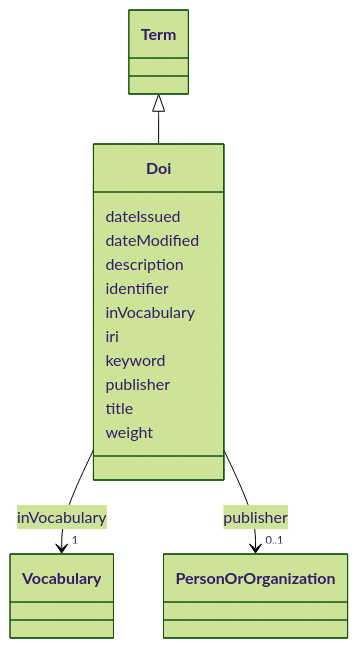
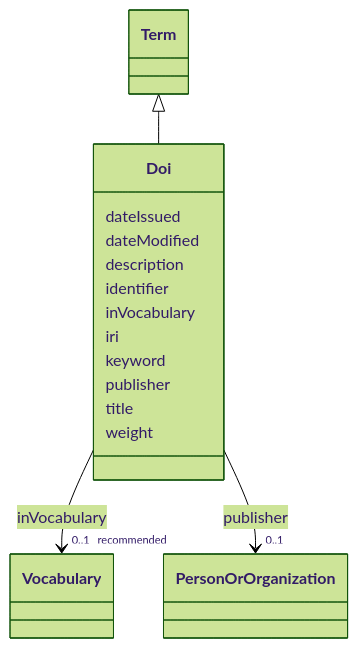
One commit to EVORA-project/evora-ontology changed the diagram in models/docs/Doi.md. Above: the diagram before and after it, drawn with Mermaid (forest theme). The commit also changed other lines of this file and 307 other files, not shown here.

````diff
--- a/models/docs/Doi.md
+++ b/models/docs/Doi.md
@@ -19,43 +19,43 @@
 ```mermaid
  classDiagram
     class Doi
     click Doi href "../Doi"
       Term <|-- Doi
         click Term href "../Term"
       
       Doi : dateIssued
         
       Doi : dateModified
         
       Doi : description
         
       Doi : identifier
         
       Doi : inVocabulary
         
           
     
     
-    Doi --> "1" Vocabulary : inVocabulary
+    Doi --> "0..1 _recommended_" Vocabulary : inVocabulary
     click Vocabulary href "../Vocabulary"
 
         
       Doi : iri
         
       Doi : keyword
         
       Doi : publisher
         
           
     
     
     Doi --> "0..1" PersonOrOrganization : publisher
     click PersonOrOrganization href "../PersonOrOrganization"
 
         
       Doi : title
         
       Doi : weight
         
       
 ```
````
